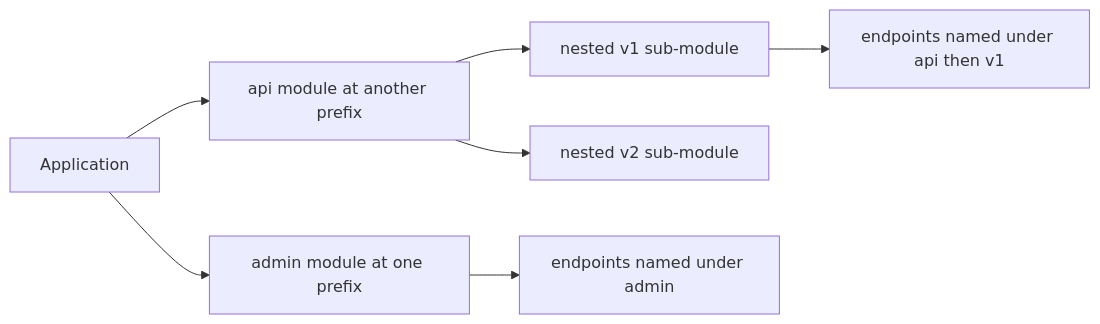
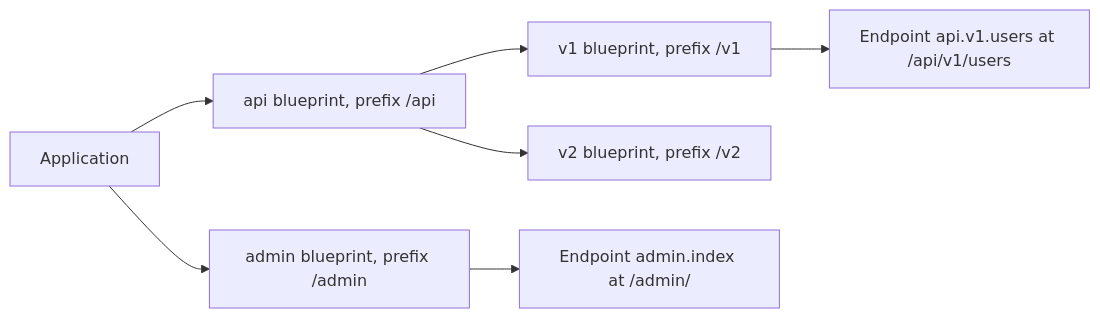
One commit to KeunwooPark/cluedoc changed the third of 3 diagrams in docs/examples/flask/.cluedoc/blueprints/README.md. Above: the diagram before and after it, drawn with Mermaid. The commit also changed other lines of this file and 22 other files, not shown here.

````diff
--- a/docs/examples/flask/.cluedoc/blueprints/README.md
+++ b/docs/examples/flask/.cluedoc/blueprints/README.md
@@ -62,9 +75,9 @@
 ```mermaid
 flowchart LR
-    ROOT[Application] --> ADMIN[admin module at one prefix]
-    ROOT --> API[api module at another prefix]
-    API --> V1[nested v1 sub-module]
-    API --> V2[nested v2 sub-module]
-    ADMIN --> AP[endpoints named under admin]
-    V1 --> V1P[endpoints named under api then v1]
+    ROOT["Application"] --> ADMIN["admin blueprint, prefix /admin"]
+    ROOT --> API["api blueprint, prefix /api"]
+    API --> V1["v1 blueprint, prefix /v1"]
+    API --> V2["v2 blueprint, prefix /v2"]
+    ADMIN --> AE["Endpoint admin.index at /admin/"]
+    V1 --> VE["Endpoint api.v1.users at /api/v1/users"]
 ```
````
